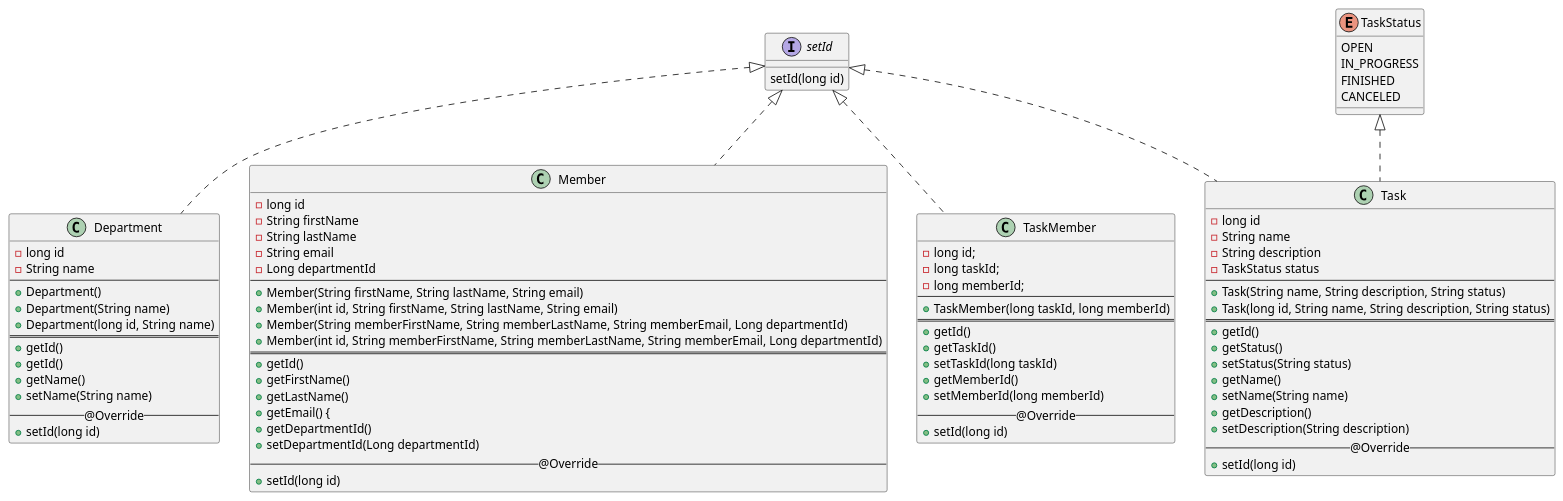
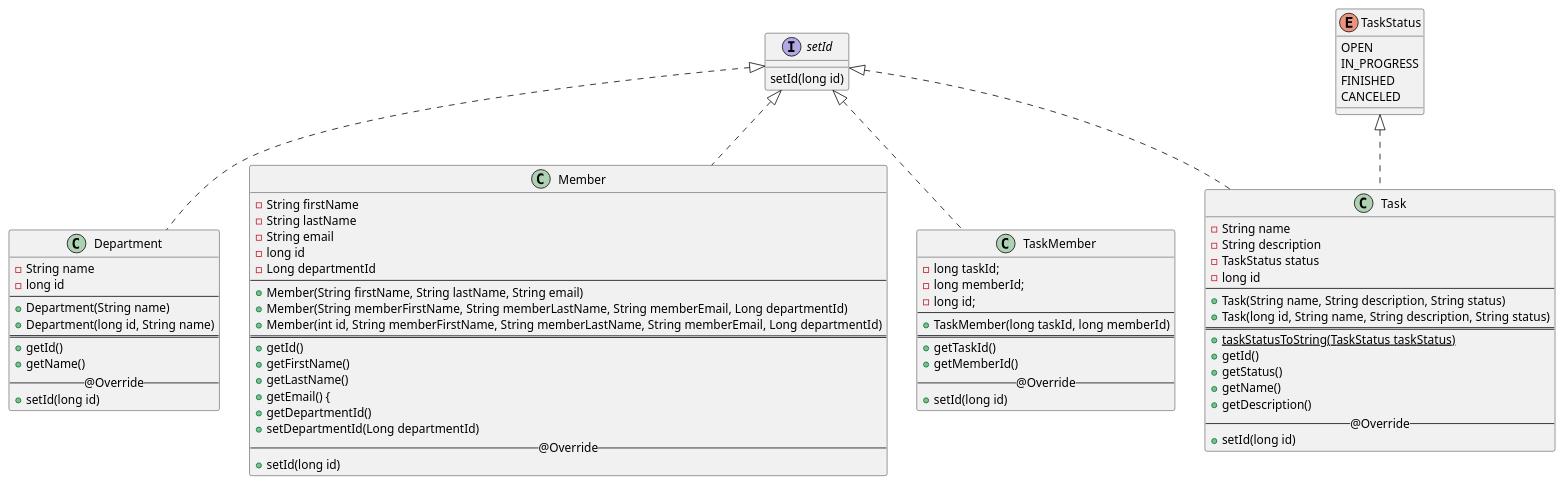
Before and after one commit to ghandeland/http-server-exam: the diagram in docs/member_structure.puml, drawn with PlantUML. The commit also changed 9 other files, not shown here.

Commit message:
updated plantUML (#70)

```diff
--- a/docs/member_structure.puml
+++ b/docs/member_structure.puml
@@ -1,89 +1,79 @@
 @startuml
 
 interface setId{
     {method} setId(long id)
 }
 
 class Department implements setId {
+    {field} - String name
     {field} - long id
-    {field} - String name
     --
-    {method} + Department()
     {method} + Department(String name)
     {method} + Department(long id, String name)
     ==
     {method} + getId()
-    {method} + getId()
     {method} + getName()
-    {method} + setName(String name)
     --@Override--
     {method} + setId(long id)
 }
 
 class Member implements setId {
-    {field} - long id
     {field} - String firstName
     {field} - String lastName
     {field} - String email
+    {field} - long id
     {field} - Long departmentId
     --
     {method} + Member(String firstName, String lastName, String email)
-    {method} + Member(int id, String firstName, String lastName, String email)
     {method} + Member(String memberFirstName, String memberLastName, String memberEmail, Long departmentId)
     {method} + Member(int id, String memberFirstName, String memberLastName, String memberEmail, Long departmentId)
     ==
     {method} + getId()
     {method} + getFirstName()
     {method} + getLastName()
     {method} + getEmail() {
     {method} + getDepartmentId()
     {method} + setDepartmentId(Long departmentId)
     --@Override--
     {method} + setId(long id)
 }
 
 class Task implements setId,TaskStatus{
-    {field} - long id
     {field} - String name
     {field} - String description
     {field} - TaskStatus status
+    {field} - long id
     --
     {method} + Task(String name, String description, String status)
     {method} + Task(long id, String name, String description, String status)
     ==
+    {static} + taskStatusToString(TaskStatus taskStatus)
     {method} + getId()
     {method} + getStatus()
-    {method} + setStatus(String status)
     {method} + getName()
-    {method} + setName(String name)
     {method} + getDescription()
-    {method} + setDescription(String description)
     --@Override--
     {method} + setId(long id)
 }
 
 class TaskMember implements setId{
-    {field} - long id;
     {field} - long taskId;
     {field} - long memberId;
+    {field} - long id;
     --
     {method} + TaskMember(long taskId, long memberId)
     ==
-    {method} + getId()
     {method} + getTaskId()
-    {method} + setTaskId(long taskId)
     {method} + getMemberId()
-    {method} + setMemberId(long memberId)
     --@Override--
     {method} + setId(long id)
     }
 
 enum TaskStatus {
     OPEN
     IN_PROGRESS
     FINISHED
     CANCELED
-    }
-
+}
 
 @enduml
```
